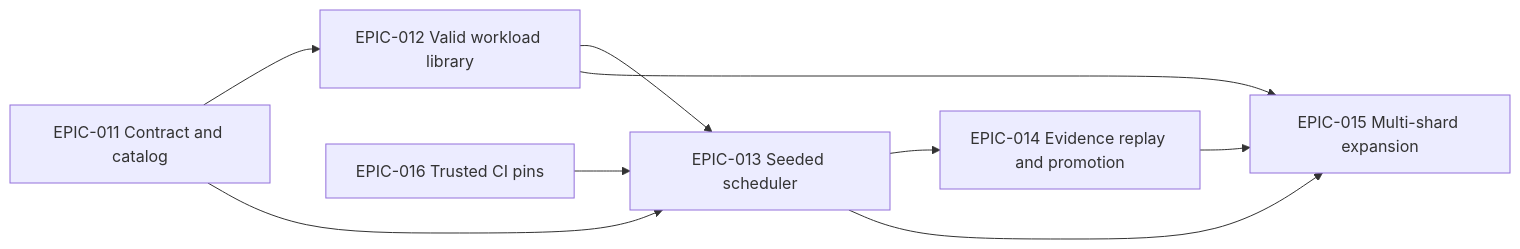
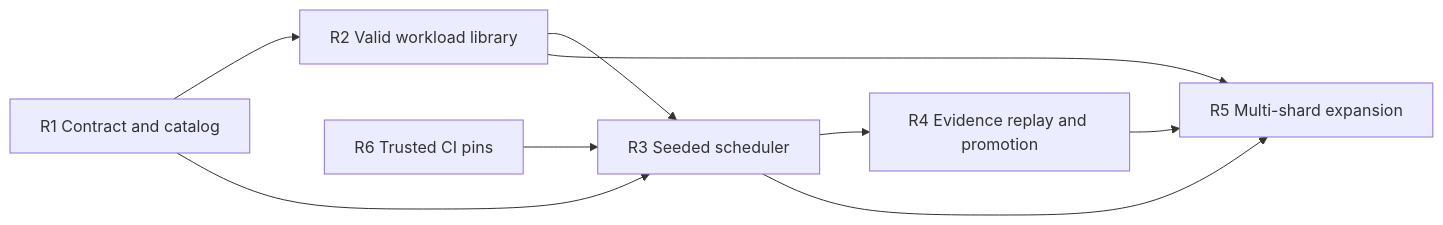
The fourth of 4 diagrams in docs/randomized-exercise-soak.md (F1R3FLY-io/f1r3node-rust), drawn with Mermaid before and after one commit. The commit also changed other lines of this file, not shown here.

Commit message:
docs(review): align the soak roadmap with the canonical pin design and the tracker
- Rename the roadmap items EPIC-011 to EPIC-016 to stages R1 to R6, because
  the tracker uses those epic IDs for other work
- Reword the pin stage: one pin through repin-system-integration.sh and
  oci-validation.env plus the pre-launch catalog check, no JSONC registry
- Add topology and effective_limits to the identity tuple to match replay
  rule 7

````diff
--- a/docs/randomized-exercise-soak.md
+++ b/docs/randomized-exercise-soak.md
@@ -255,11 +259,11 @@
 ```mermaid
 flowchart LR
-    E11[EPIC-011 Contract and catalog] --> E12[EPIC-012 Valid workload library]
-    E16[EPIC-016 Trusted CI pins] --> E13[EPIC-013 Seeded scheduler]
-    E11 --> E13
-    E12 --> E13
-    E13 --> E14[EPIC-014 Evidence replay and promotion]
-    E12 --> E15[EPIC-015 Multi-shard expansion]
-    E13 --> E15
-    E14 --> E15
+    R1[R1 Contract and catalog] --> R2[R2 Valid workload library]
+    R6[R6 Trusted CI pins] --> R3[R3 Seeded scheduler]
+    R1 --> R3
+    R2 --> R3
+    R3 --> R4[R4 Evidence replay and promotion]
+    R2 --> R5[R5 Multi-shard expansion]
+    R3 --> R5
+    R4 --> R5
 ```
````
